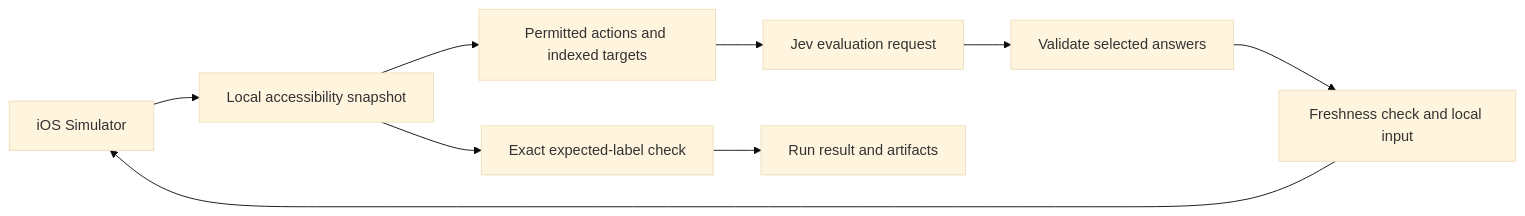
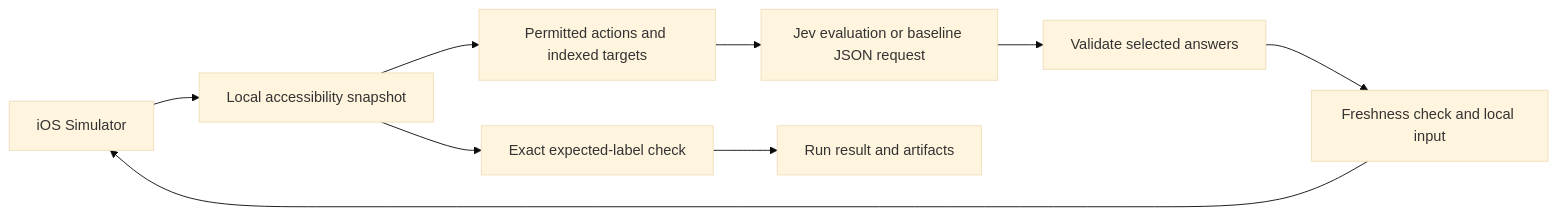
One commit to Clueless-Creations/jev-ios-ultrafast changed the diagram in docs/architecture.md. Above: the diagram before and after it, drawn with Mermaid (base theme). The commit also changed other lines of this file and 19 other files, not shown here.

Commit message:
Add matched Jev and structured model simulator comparison

````diff
--- a/docs/architecture.md
+++ b/docs/architecture.md
@@ -5,11 +5,11 @@
 ```mermaid
 flowchart LR
     App[iOS Simulator] --> Observe[Local accessibility snapshot]
     Observe --> Questions[Permitted actions and indexed targets]
-    Questions --> Jev[Jev evaluation request]
-    Jev --> Validate[Validate selected answers]
+    Questions --> Model[Jev evaluation or baseline JSON request]
+    Model --> Validate[Validate selected answers]
     Validate --> Execute[Freshness check and local input]
     Execute --> App
     Observe --> Verify[Exact expected-label check]
     Verify --> Result[Run result and artifacts]
 ```
````
